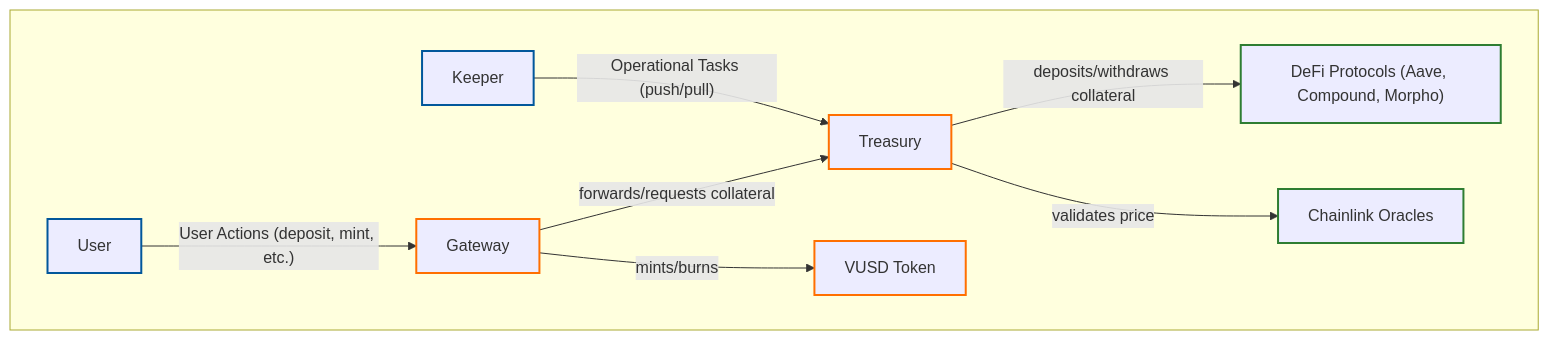
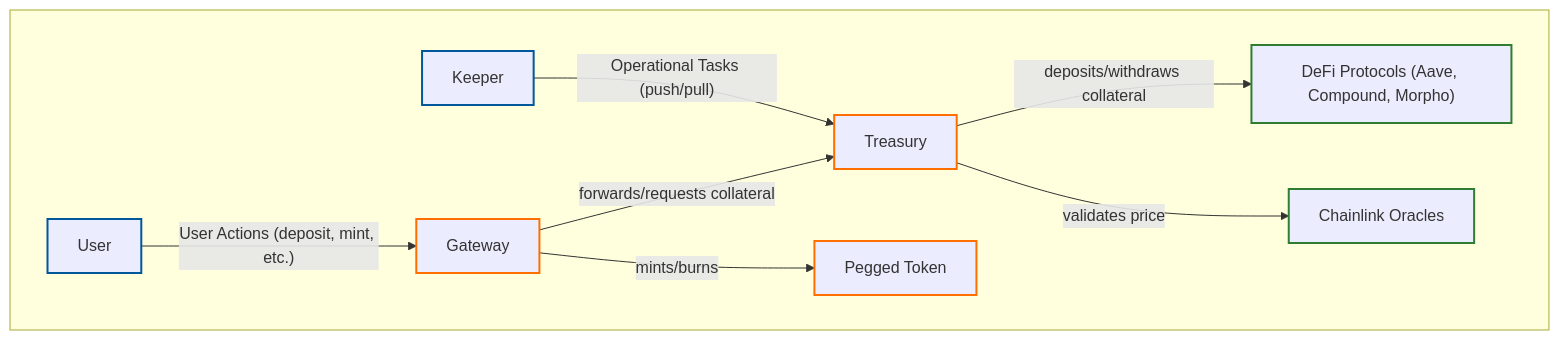
One commit to vetro-protocol/vetro-contracts changed the diagram in README.md. Above: the diagram before and after it, drawn with Mermaid. The commit also changed other lines of this file, not shown here.

````diff
--- a/README.md
+++ b/README.md
@@ -23,21 +24,21 @@
 ```mermaid
 graph TD
     %% Flow
     subgraph " "
         User -- "User Actions (deposit, mint, etc.)" --> Gateway
         Keeper -- "Operational Tasks (push/pull)" --> Treasury
-        Gateway -- "mints/burns" --> VUSD[VUSD Token]
+        Gateway -- "mints/burns" --> PeggedToken[Pegged Token]
         Gateway -- "forwards/requests collateral" --> Treasury
         Treasury -- "deposits/withdraws collateral" --> Protocols["DeFi Protocols (Aave, Compound, Morpho)"]
         Treasury -- "validates price" --> Oracles[Chainlink Oracles]
     end
 
     class User,Keeper actor
-    class Gateway,Treasury,VUSD contract
+    class Gateway,Treasury,PeggedToken contract
     class Protocols,Oracles external
 
     %% Styling
     classDef actor stroke:#01579b,stroke-width:2px
     classDef contract stroke:#ff6f00,stroke-width:2px
     classDef external stroke:#2e7d32,stroke-width:2px 
 ```
````
